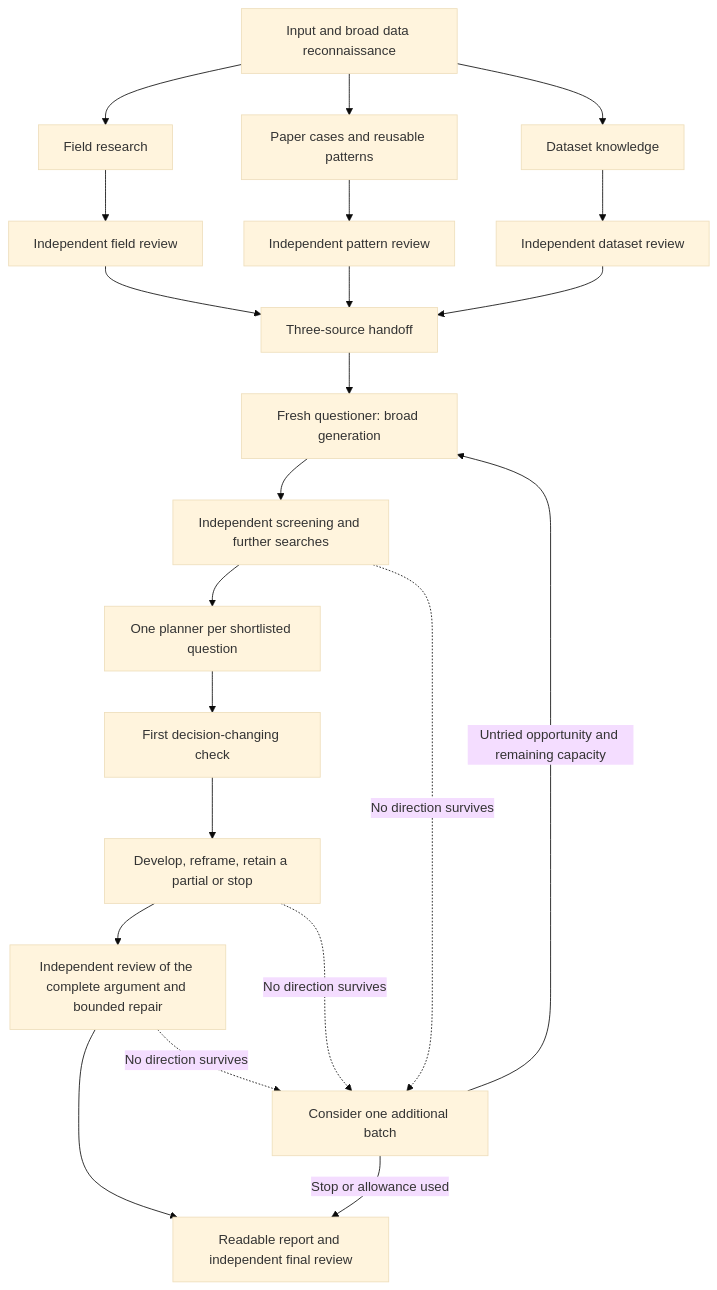
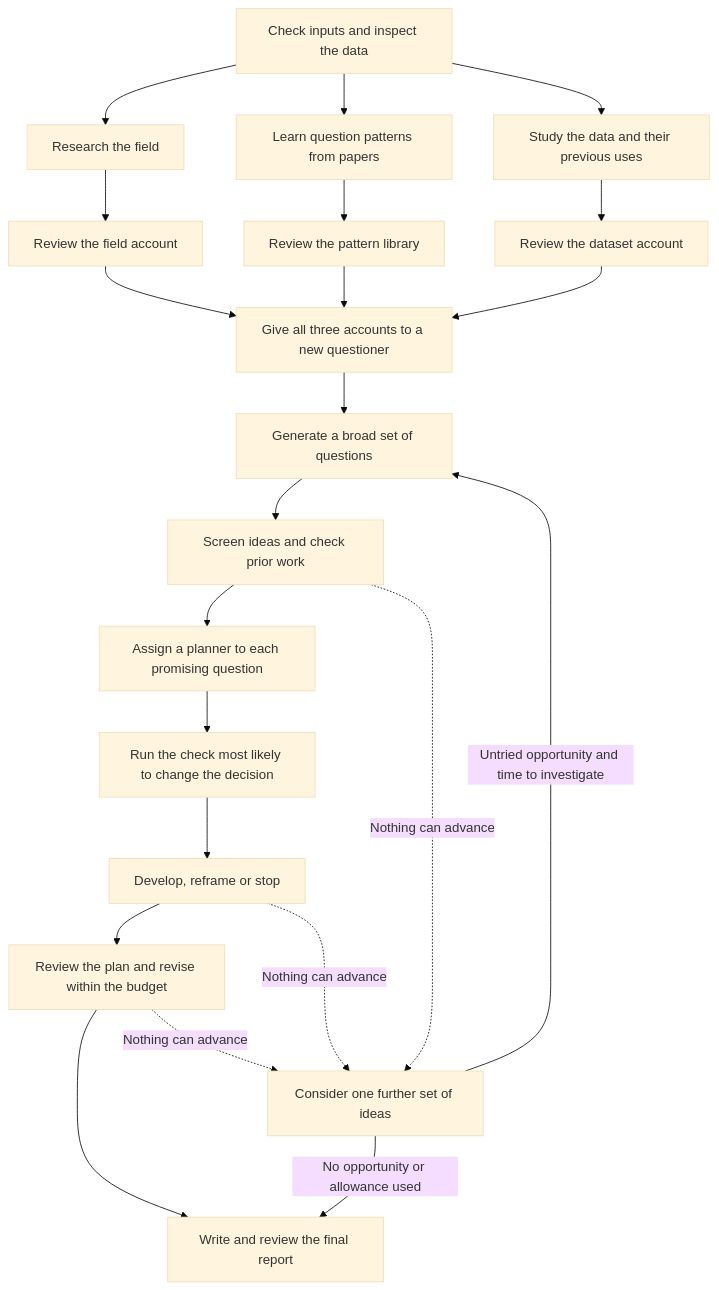
One commit to BeibaiDraco/maiwen changed the diagram in WORKFLOW.md. Above: the diagram before and after it, drawn with Mermaid (base theme). The commit also changed other lines of this file and 38 other files, not shown here.

````diff
--- a/WORKFLOW.md
+++ b/WORKFLOW.md
@@ -9,24 +9,24 @@
 ```mermaid
 flowchart TD
-    A[Input and broad data reconnaissance] --> B[Field research]
-    A --> C[Paper cases and reusable patterns]
-    A --> D[Dataset knowledge]
-    B --> BR[Independent field review]
-    C --> CR[Independent pattern review]
-    D --> DR[Independent dataset review]
-    BR --> E[Three-source handoff]
+    A[Check inputs and inspect the data] --> B[Research the field]
+    A --> C[Learn question patterns from papers]
+    A --> D[Study the data and their previous uses]
+    B --> BR[Review the field account]
+    C --> CR[Review the pattern library]
+    D --> DR[Review the dataset account]
+    BR --> E[Give all three accounts to a new questioner]
     CR --> E
     DR --> E
-    E --> F[Fresh questioner: broad generation]
-    F --> G[Independent screening and further searches]
-    G --> H[One planner per shortlisted question]
-    H --> H1[First decision-changing check]
-    H1 --> H2[Develop, reframe, retain a partial or stop]
-    H2 --> I[Independent review of the complete argument and bounded repair]
-    I --> J[Readable report and independent final review]
-    G -.->|No direction survives| R[Consider one additional batch]
-    H2 -.->|No direction survives| R
-    I -.->|No direction survives| R
-    R -->|Untried opportunity and remaining capacity| F
-    R -->|Stop or allowance used| J
+    E --> F[Generate a broad set of questions]
+    F --> G[Screen ideas and check prior work]
+    G --> H[Assign a planner to each promising question]
+    H --> H1[Run the check most likely to change the decision]
+    H1 --> H2[Develop, reframe or stop]
+    H2 --> I[Review the plan and revise within the budget]
+    I --> J[Write and review the final report]
+    G -.->|Nothing can advance| R[Consider one further set of ideas]
+    H2 -.->|Nothing can advance| R
+    I -.->|Nothing can advance| R
+    R -->|Untried opportunity and time to investigate| F
+    R -->|No opportunity or allowance used| J
 ```
````
